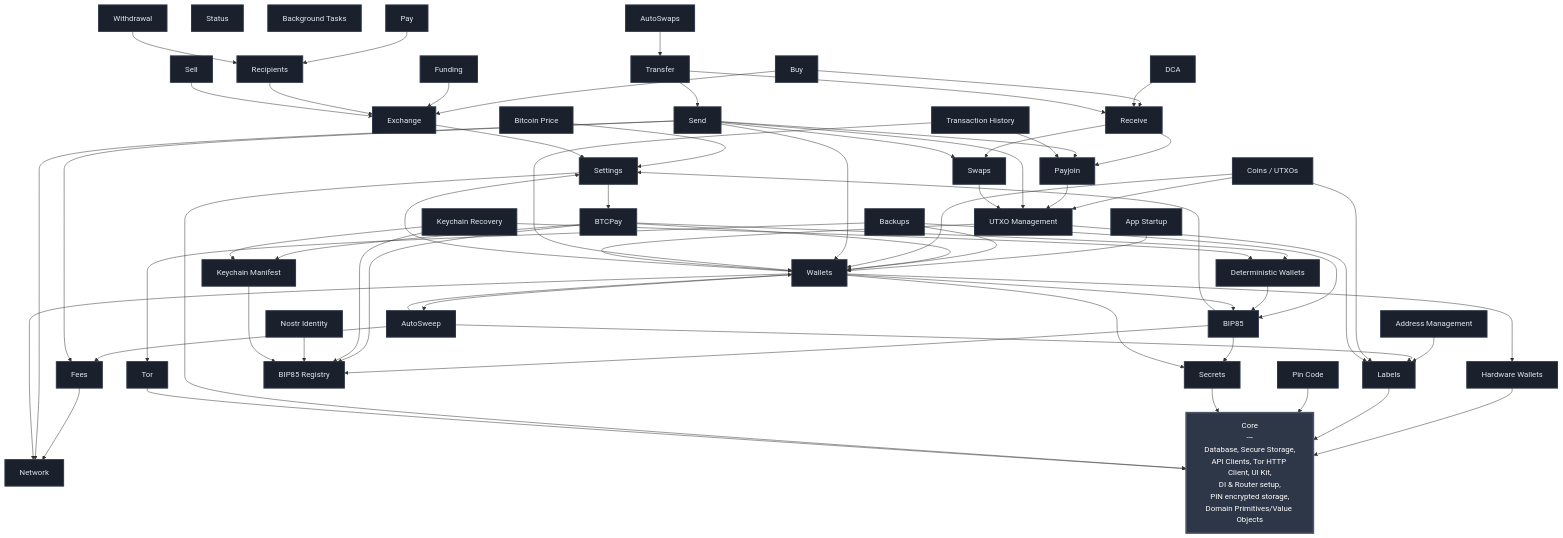
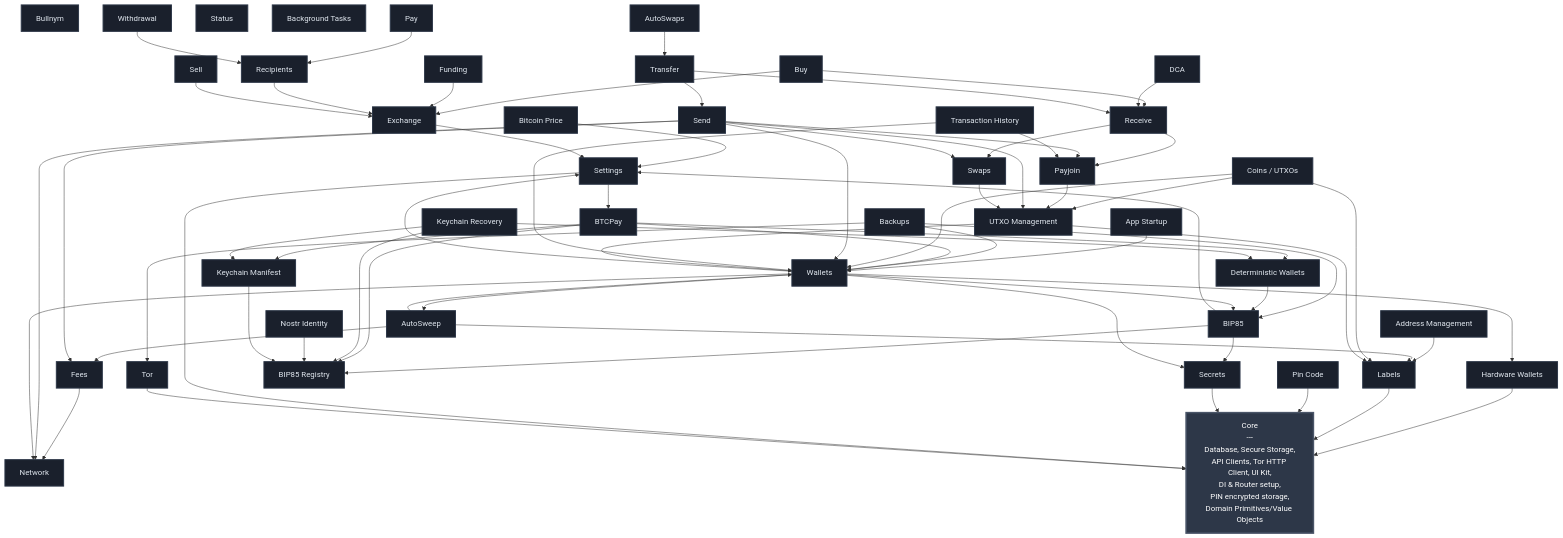
The diagram in FEATURES.md (SatoshiPortal/bullbitcoin-mobile), drawn with Mermaid before and after one commit. The commit also changed 8 other files, not shown here.

````diff
--- a/FEATURES.md
+++ b/FEATURES.md
@@ -27,6 +27,7 @@
     KEYCHAIN_MANIFEST[Keychain Manifest]
     KEYCHAIN_RECOVERY[Keychain Recovery]
     NOSTR_IDENTITY[Nostr Identity]
+    BULLNYM[Bullnym]
     FEES[Fees]
     WALLETS[Wallets]
     EXCHANGE[Exchange]
@@ -128,5 +129,5 @@
     classDef featureStyle fill:#1a202c,stroke:#2d3748,stroke-width:2px,color:#e2e8f0
 
     class CORE coreStyle
-    class SETTINGS,TOR,PIN_CODE,LABELS,SECRETS,HW_WALLETS,BTC_PRICE,BTCPAY,NETWORK,BIP85,BIP85_REGISTRY,DETERMINISTIC_WALLETS,KEYCHAIN_MANIFEST,KEYCHAIN_RECOVERY,NOSTR_IDENTITY,FEES,WALLETS,EXCHANGE,APP_STARTUP,UTXO_MGMT,ADDRESS_MGMT,RECIPIENTS,FUNDING,BACKUPS,SWAPS,PAYJOIN,WITHDRAWAL,STATUS,SEND,RECEIVE,TRANSFER,TX_HISTORY,BG_TASKS,AUTOSWAPS,AUTOSWEEP,DCA,SELL,PAY,BUY,COINS featureStyle
+    class SETTINGS,TOR,PIN_CODE,LABELS,SECRETS,HW_WALLETS,BTC_PRICE,BTCPAY,NETWORK,BIP85,BIP85_REGISTRY,DETERMINISTIC_WALLETS,KEYCHAIN_MANIFEST,KEYCHAIN_RECOVERY,NOSTR_IDENTITY,BULLNYM,FEES,WALLETS,EXCHANGE,APP_STARTUP,UTXO_MGMT,ADDRESS_MGMT,RECIPIENTS,FUNDING,BACKUPS,SWAPS,PAYJOIN,WITHDRAWAL,STATUS,SEND,RECEIVE,TRANSFER,TX_HISTORY,BG_TASKS,AUTOSWAPS,AUTOSWEEP,DCA,SELL,PAY,BUY,COINS featureStyle
 ```
````
